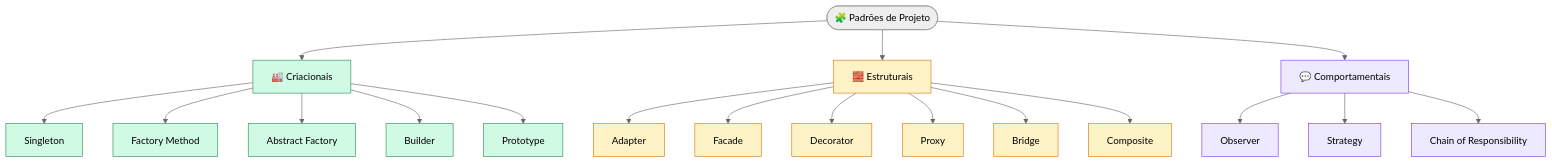
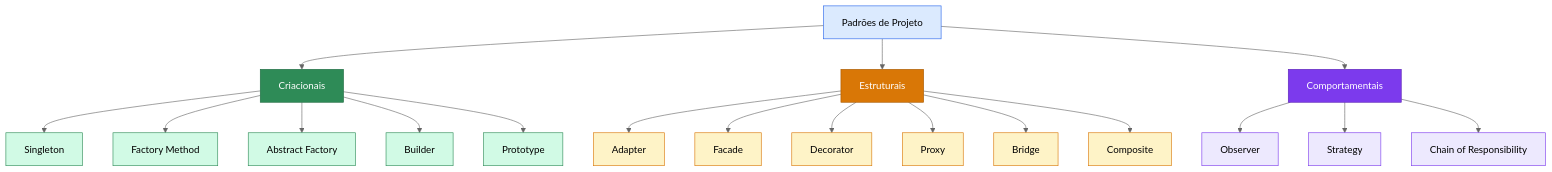
The diagram in README.md (engenheiromuniz/tutorial_design_patterns), drawn with Mermaid (neutral theme) before and after one commit. The commit also changed other lines of this file, not shown here.

Commit message:
docs: novo ajuste no README.md

````diff
--- a/README.md
+++ b/README.md
@@ -16,31 +17,43 @@
 ```mermaid
-graph TD
-    P([🧩 Padrões de Projeto])
-    P --> C1[🏭 Criacionais]
-    P --> C2[🧱 Estruturais]
-    P --> C3[💬 Comportamentais]
+flowchart TD
+    P["Padrões de Projeto"]
+    P --> C1["Criacionais"]
+    P --> C2["Estruturais"]
+    P --> C3["Comportamentais"]
 
-    C1 --> A1[Singleton]
-    C1 --> A2[Factory Method]
-    C1 --> A3[Abstract Factory]
-    C1 --> A4[Builder]
-    C1 --> A5[Prototype]
+    C1 --> A1["Singleton"]
+    C1 --> A2["Factory Method"]
+    C1 --> A3["Abstract Factory"]
+    C1 --> A4["Builder"]
+    C1 --> A5["Prototype"]
 
-    C2 --> B1[Adapter]
-    C2 --> B2[Facade]
-    C2 --> B3[Decorator]
-    C2 --> B4[Proxy]
-    C2 --> B5[Bridge]
-    C2 --> B6[Composite]
+    C2 --> B1["Adapter"]
+    C2 --> B2["Facade"]
+    C2 --> B3["Decorator"]
+    C2 --> B4["Proxy"]
+    C2 --> B5["Bridge"]
+    C2 --> B6["Composite"]
 
-    C3 --> D1[Observer]
-    C3 --> D2[Strategy]
-    C3 --> D3[Chain of Responsibility]
+    C3 --> D1["Observer"]
+    C3 --> D2["Strategy"]
+    C3 --> D3["Chain of Responsibility"]
 
-    classDef cri fill:#d1fae5,stroke:#2e8b57,color:#000
-    classDef est fill:#fef3c7,stroke:#d97706,color:#000
-    classDef com fill:#ede9fe,stroke:#7c3aed,color:#000
-    class C1,A1,A2,A3,A4,A5 cri
-    class C2,B1,B2,B3,B4,B5,B6 est
-    class C3,D1,D2,D3 com
+    style P fill:#dbeafe,stroke:#2563eb,color:#000
+    style C1 fill:#2e8b57,stroke:#1f6b41,color:#fff
+    style C2 fill:#d97706,stroke:#a85b04,color:#fff
+    style C3 fill:#7c3aed,stroke:#5b21b6,color:#fff
+    style A1 fill:#d1fae5,stroke:#2e8b57,color:#000
+    style A2 fill:#d1fae5,stroke:#2e8b57,color:#000
+    style A3 fill:#d1fae5,stroke:#2e8b57,color:#000
+    style A4 fill:#d1fae5,stroke:#2e8b57,color:#000
+    style A5 fill:#d1fae5,stroke:#2e8b57,color:#000
+    style B1 fill:#fef3c7,stroke:#d97706,color:#000
+    style B2 fill:#fef3c7,stroke:#d97706,color:#000
+    style B3 fill:#fef3c7,stroke:#d97706,color:#000
+    style B4 fill:#fef3c7,stroke:#d97706,color:#000
+    style B5 fill:#fef3c7,stroke:#d97706,color:#000
+    style B6 fill:#fef3c7,stroke:#d97706,color:#000
+    style D1 fill:#ede9fe,stroke:#7c3aed,color:#000
+    style D2 fill:#ede9fe,stroke:#7c3aed,color:#000
+    style D3 fill:#ede9fe,stroke:#7c3aed,color:#000
 ```
````
